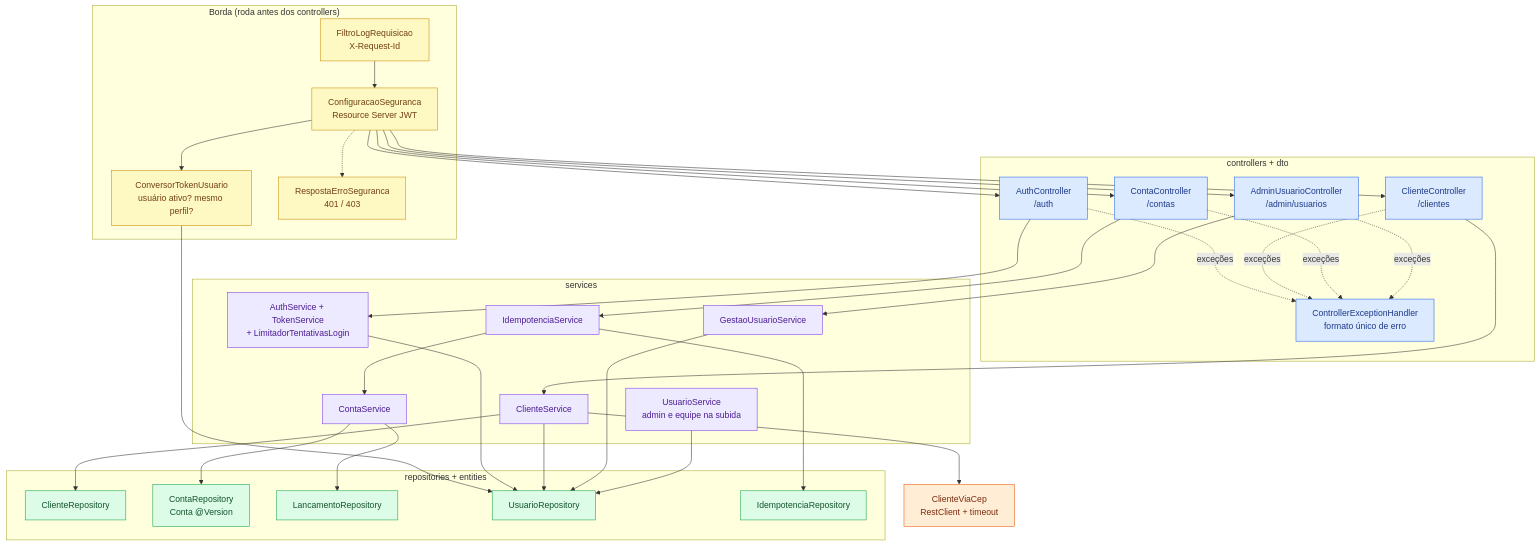
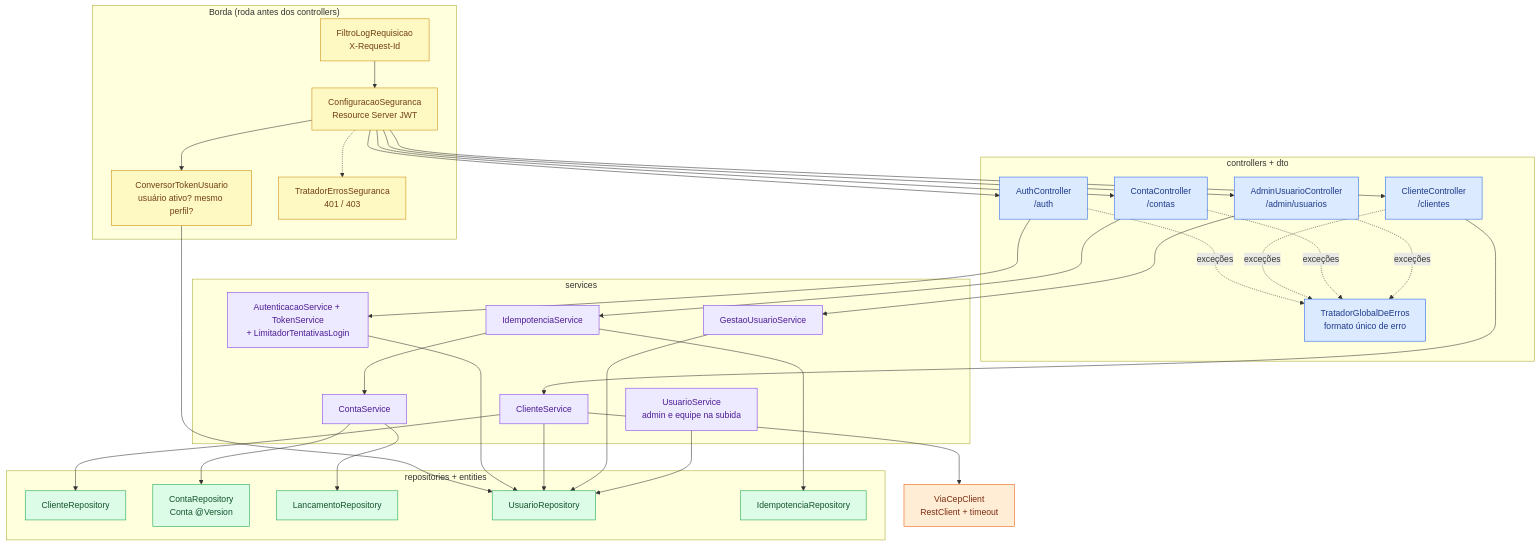
One commit to k3vinrich4rd/rkf_bank changed the fifth of 10 diagrams in FLUXOS.md. Above: the diagram before and after it, drawn with Mermaid. The commit also changed other lines of this file and 12 other files, not shown here.

````diff
--- a/FLUXOS.md
+++ b/FLUXOS.md
@@ -164,58 +164,58 @@
 ```mermaid
 flowchart TB
     classDef borda fill:#fef9c3,stroke:#ca8a04,color:#713f12
     classDef web fill:#dbeafe,stroke:#2563eb,color:#1e3a8a
     classDef regra fill:#ede9fe,stroke:#7c3aed,color:#4c1d95
     classDef dados fill:#dcfce7,stroke:#16a34a,color:#14532d
     classDef terceiro fill:#ffedd5,stroke:#ea580c,color:#7c2d12
 
     subgraph BORDA ["Borda (roda antes dos controllers)"]
         FLOG["FiltroLogRequisicao<br/>X-Request-Id"]:::borda
         SEC["ConfiguracaoSeguranca<br/>Resource Server JWT"]:::borda
         CONV["ConversorTokenUsuario<br/>usuário ativo? mesmo perfil?"]:::borda
-        RES["RespostaErroSeguranca<br/>401 / 403"]:::borda
+        RES["TratadorErrosSeguranca<br/>401 / 403"]:::borda
     end
 
     subgraph WEB ["controllers + dto"]
         AUTHC["AuthController<br/>/auth"]:::web
         CLIC["ClienteController<br/>/clientes"]:::web
         CONC["ContaController<br/>/contas"]:::web
         ADMC["AdminUsuarioController<br/>/admin/usuarios"]:::web
-        EH["ControllerExceptionHandler<br/>formato único de erro"]:::web
+        EH["TratadorGlobalDeErros<br/>formato único de erro"]:::web
     end
 
     subgraph REGRA ["services"]
-        AUTHS["AuthService + TokenService<br/>+ LimitadorTentativasLogin"]:::regra
+        AUTHS["AutenticacaoService + TokenService<br/>+ LimitadorTentativasLogin"]:::regra
         CLIS["ClienteService"]:::regra
         CONS["ContaService"]:::regra
         IDEM["IdempotenciaService"]:::regra
         GES["GestaoUsuarioService"]:::regra
         USU["UsuarioService<br/>admin e equipe na subida"]:::regra
     end
 
     subgraph DADOS ["repositories + entities"]
         RCLI["ClienteRepository"]:::dados
         RCON["ContaRepository<br/>Conta @Version"]:::dados
         RLAN["LancamentoRepository"]:::dados
         RUSU["UsuarioRepository"]:::dados
         RIDE["IdempotenciaRepository"]:::dados
     end
 
-    VIA["ClienteViaCep<br/>RestClient + timeout"]:::terceiro
+    VIA["ViaCepClient<br/>RestClient + timeout"]:::terceiro
 
     FLOG --> SEC --> CONV
     SEC -.-> RES
     CONV --> RUSU
     SEC --> AUTHC & CLIC & CONC & ADMC
     AUTHC --> AUTHS
     CLIC --> CLIS
     CONC --> IDEM --> CONS
     ADMC --> GES
     AUTHS --> RUSU
     CLIS --> RCLI & RUSU & VIA
     CONS --> RCON & RLAN
     IDEM --> RIDE
     GES --> RUSU
     USU --> RUSU
     AUTHC & CLIC & CONC & ADMC -.->|"exceções"| EH
 ```
````
